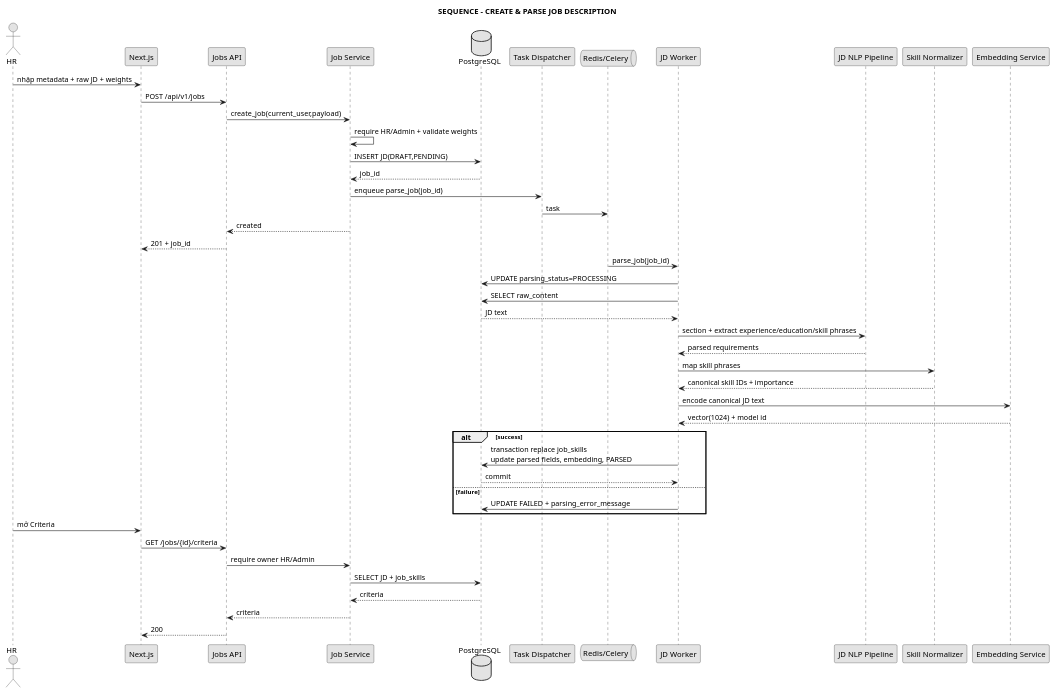
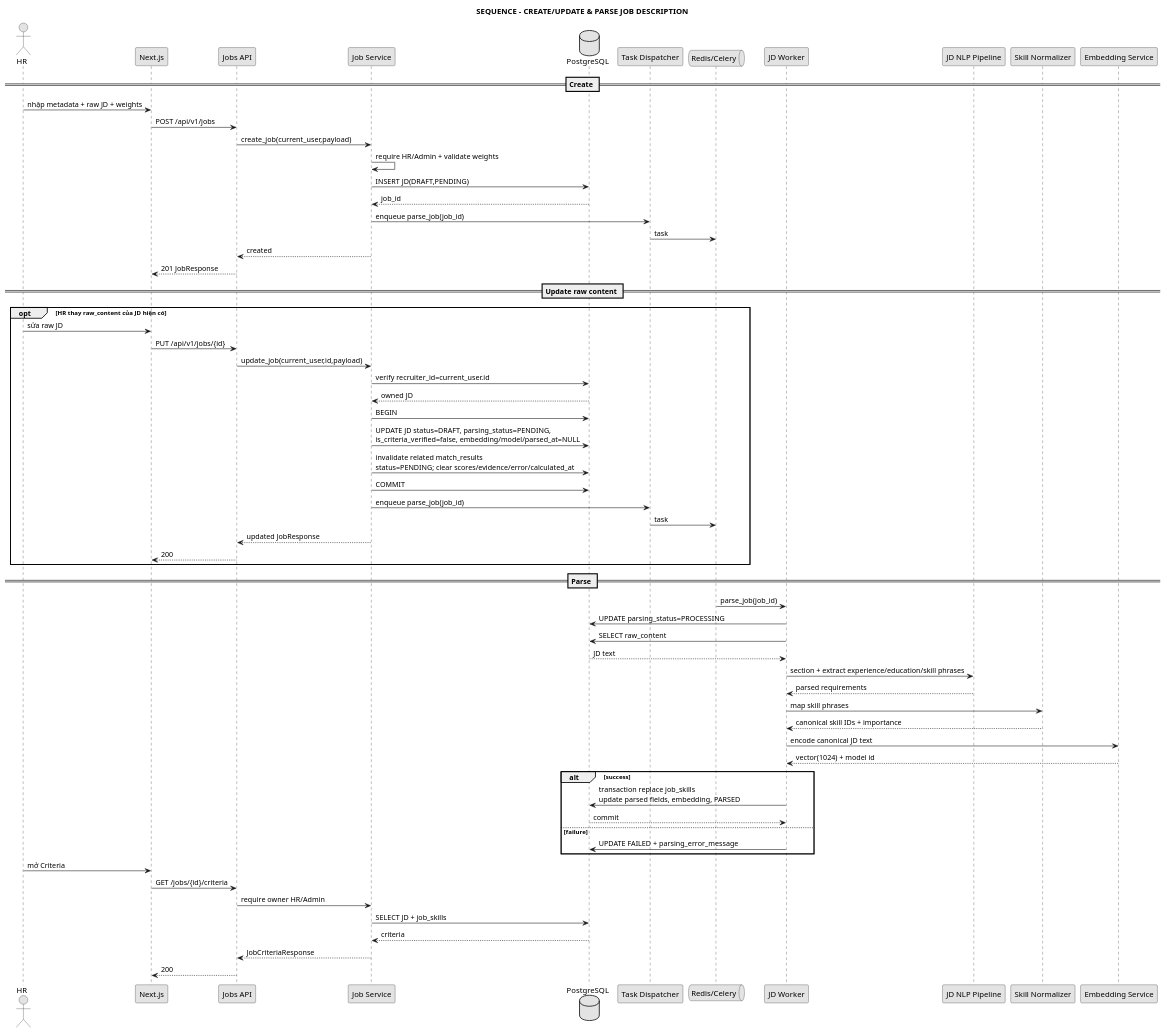
The diagram in docs/04_sequence/seq_create_parse_job.puml (anh632k-ui/WebCVUngVienTuyenDung), drawn with PlantUML before and after one commit.

Commit message:
fix(pttk): invalidate stale matches in JD update sequence

```diff
--- a/docs/04_sequence/seq_create_parse_job.puml
+++ b/docs/04_sequence/seq_create_parse_job.puml
@@ -1,55 +1,74 @@
 @startuml
 skinparam monochrome true
 skinparam shadowing false
 
-title SEQUENCE - CREATE & PARSE JOB DESCRIPTION
+title SEQUENCE - CREATE/UPDATE & PARSE JOB DESCRIPTION
 
 actor HR
 participant "Next.js" as FE
 participant "Jobs API" as API
 participant "Job Service" as Service
 database "PostgreSQL" as DB
 participant "Task Dispatcher" as Dispatcher
 queue "Redis/Celery" as Queue
 participant "JD Worker" as Worker
 participant "JD NLP Pipeline" as NLP
 participant "Skill Normalizer" as Normalizer
 participant "Embedding Service" as Embedding
 
+== Create ==
 HR -> FE : nhập metadata + raw JD + weights
 FE -> API : POST /api/v1/jobs
 API -> Service : create_job(current_user,payload)
 Service -> Service : require HR/Admin + validate weights
 Service -> DB : INSERT JD(DRAFT,PENDING)
 DB --> Service : job_id
 Service -> Dispatcher : enqueue parse_job(job_id)
 Dispatcher -> Queue : task
 Service --> API : created
-API --> FE : 201 + job_id
+API --> FE : 201 JobResponse
 
+== Update raw content ==
+opt HR thay raw_content của JD hiện có
+  HR -> FE : sửa raw JD
+  FE -> API : PUT /api/v1/jobs/{id}
+  API -> Service : update_job(current_user,id,payload)
+  Service -> DB : verify recruiter_id=current_user.id
+  DB --> Service : owned JD
+  Service -> DB : BEGIN
+  Service -> DB : UPDATE JD status=DRAFT, parsing_status=PENDING,\nis_criteria_verified=false, embedding/model/parsed_at=NULL
+  Service -> DB : invalidate related match_results\nstatus=PENDING; clear scores/evidence/error/calculated_at
+  Service -> DB : COMMIT
+  Service -> Dispatcher : enqueue parse_job(job_id)
+  Dispatcher -> Queue : task
+  Service --> API : updated JobResponse
+  API --> FE : 200
+end
+
+== Parse ==
 Queue -> Worker : parse_job(job_id)
 Worker -> DB : UPDATE parsing_status=PROCESSING
 Worker -> DB : SELECT raw_content
 DB --> Worker : JD text
 Worker -> NLP : section + extract experience/education/skill phrases
 NLP --> Worker : parsed requirements
 Worker -> Normalizer : map skill phrases
 Normalizer --> Worker : canonical skill IDs + importance
 Worker -> Embedding : encode canonical JD text
 Embedding --> Worker : vector(1024) + model id
 alt success
   Worker -> DB : transaction replace job_skills\nupdate parsed fields, embedding, PARSED
   DB --> Worker : commit
 else failure
   Worker -> DB : UPDATE FAILED + parsing_error_message
 end
 
 HR -> FE : mở Criteria
 FE -> API : GET /jobs/{id}/criteria
 API -> Service : require owner HR/Admin
 Service -> DB : SELECT JD + job_skills
 DB --> Service : criteria
-Service --> API : criteria
+Service --> API : JobCriteriaResponse
 API --> FE : 200
 
 @enduml
```
